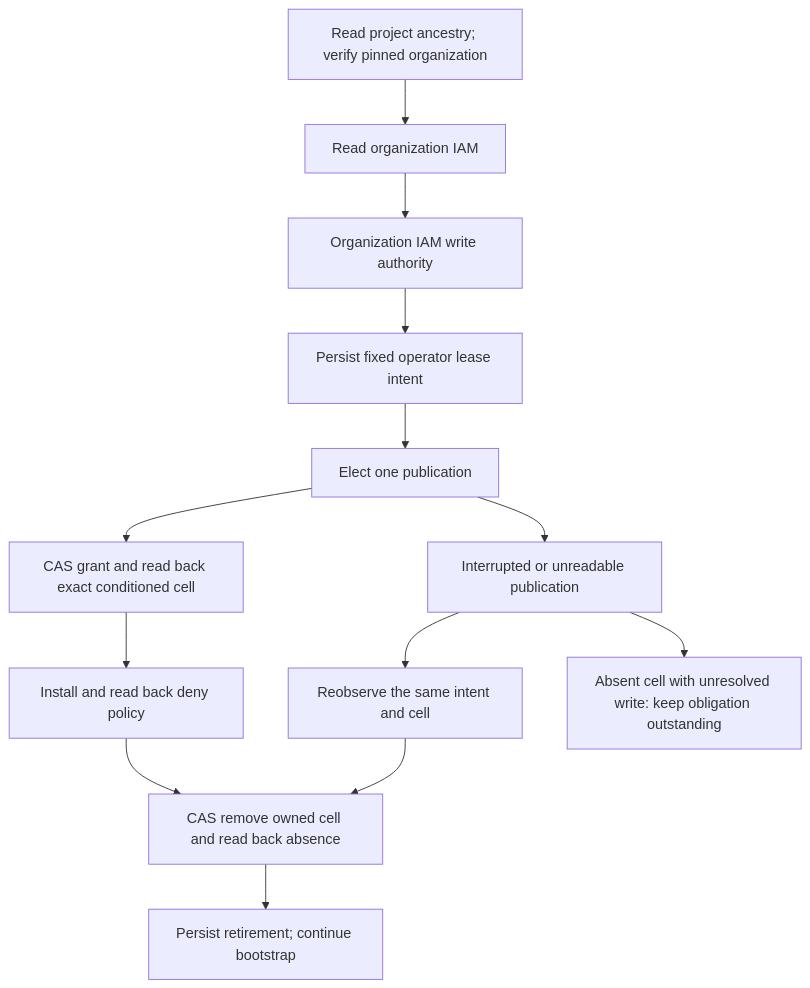
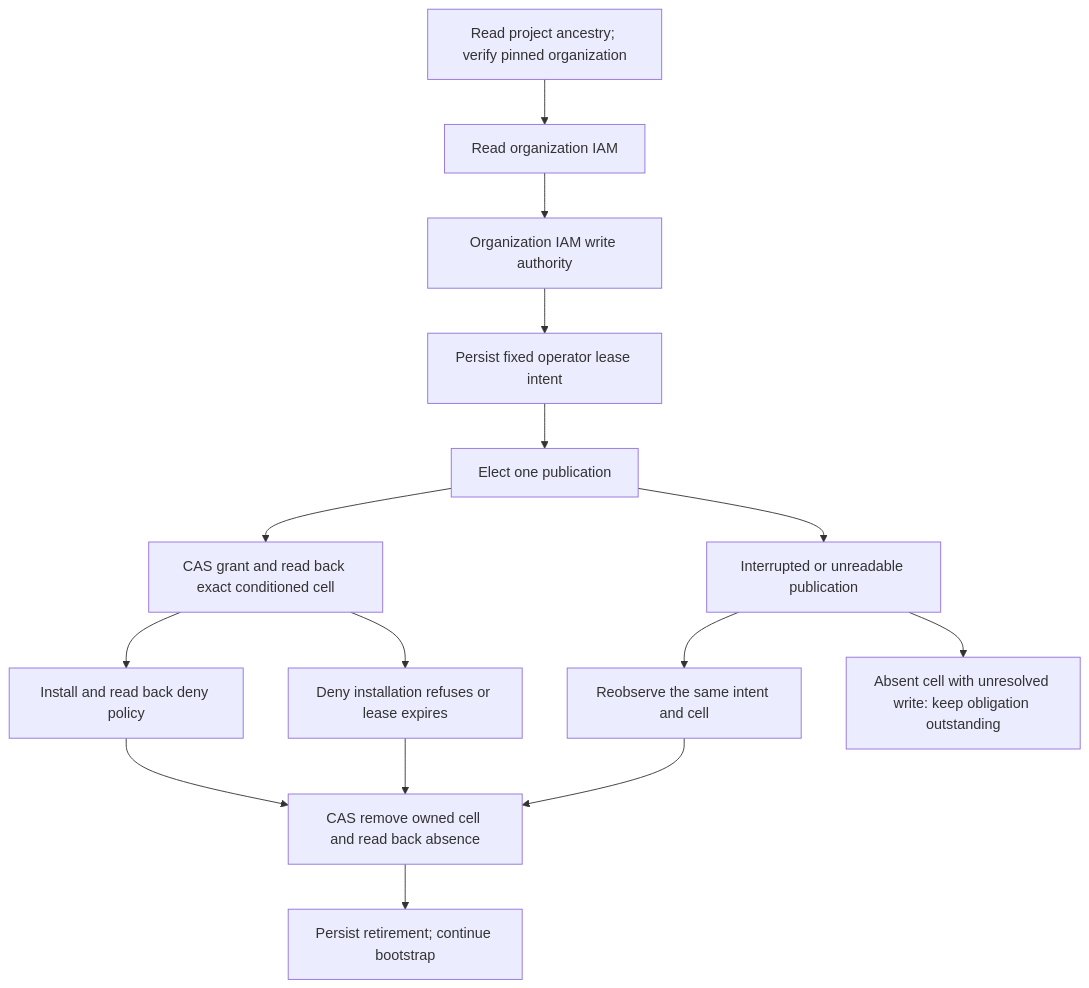
Before and after one commit to gunb-ai/gunbc: the diagram in docs/plans/gcp-iam-bootstrap.md, drawn with Mermaid. The commit also changed 3 other files, not shown here.

Commit message:
Keep temporary-authority retirement independent of deny installation success

````diff
--- a/docs/plans/gcp-iam-bootstrap.md
+++ b/docs/plans/gcp-iam-bootstrap.md
@@ -129,15 +129,17 @@
 ```mermaid
 flowchart TD
   P[Read project ancestry; verify pinned organization] --> R[Read organization IAM]
   R --> W[Organization IAM write authority]
   W --> I[Persist fixed operator lease intent]
   I --> E[Elect one publication]
   E --> G[CAS grant and read back exact conditioned cell]
   G --> D[Install and read back deny policy]
   D --> C[CAS remove owned cell and read back absence]
+  G --> F[Deny installation refuses or lease expires]
+  F --> C
   C --> T[Persist retirement; continue bootstrap]
   E --> U[Interrupted or unreadable publication]
   U --> O[Reobserve the same intent and cell]
   O --> C
   U --> Q[Absent cell with unresolved write: keep obligation outstanding]
 ```
````
